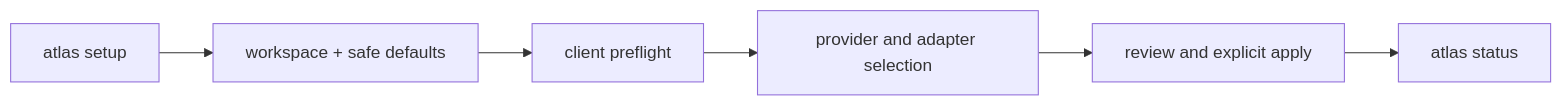
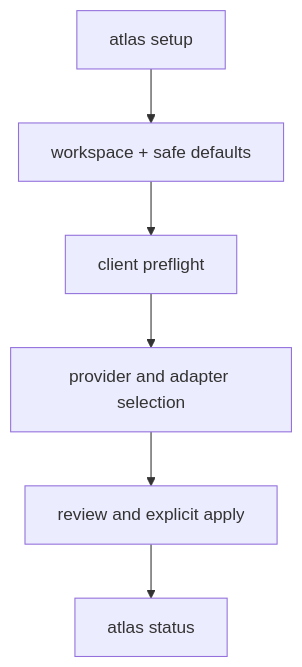
Before and after one commit to amoree-code/atlas: the first of 3 diagrams in README.md, drawn with Mermaid. The commit also changed other lines of this file and 2 other files, not shown here.

````diff
--- a/README.md
+++ b/README.md
@@ -51,8 +71,8 @@
 ```mermaid
-flowchart LR
+flowchart TB
     A[atlas setup] --> B[workspace + safe defaults]
     B --> C[client preflight]
     C --> D[provider and adapter selection]
     D --> E[review and explicit apply]
     E --> F[atlas status]
 ```
````
